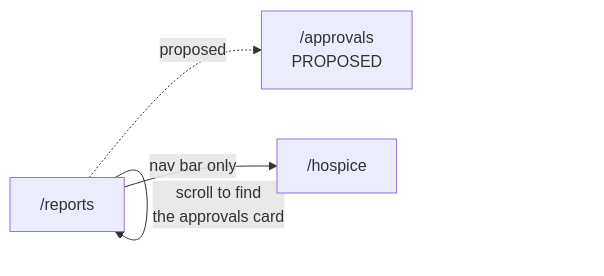
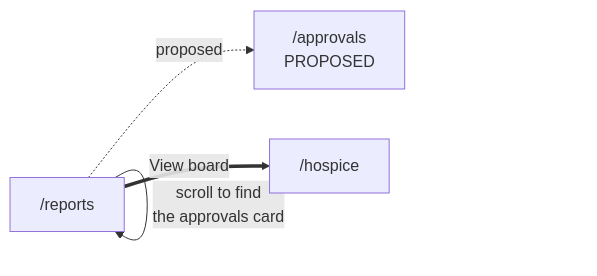
Before and after one commit to kr3wangel/betterrx-hackathon-2026: the fourth of 6 diagrams in docs/UX-FLOWS.md, drawn with Mermaid. The commit also changed other lines of this file and 5 other files, not shown here.

````diff
--- a/docs/UX-FLOWS.md
+++ b/docs/UX-FLOWS.md
@@ -167,9 +171,9 @@
 ```mermaid
 graph LR
   A["/reports"]
   B["/approvals<br/>PROPOSED"]
   C["/hospice"]
   A -->|"scroll to find<br/>the approvals card"| A
-  A -->|"nav bar only"| C
+  A ==>|"View board"| C
   A -.->|"proposed"| B
 ```
````
